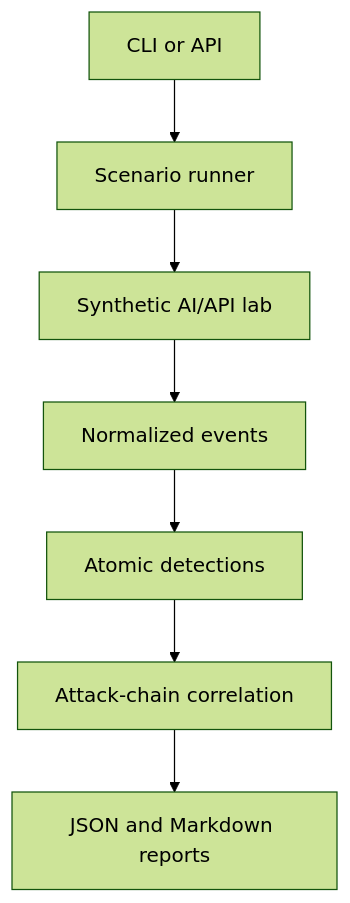
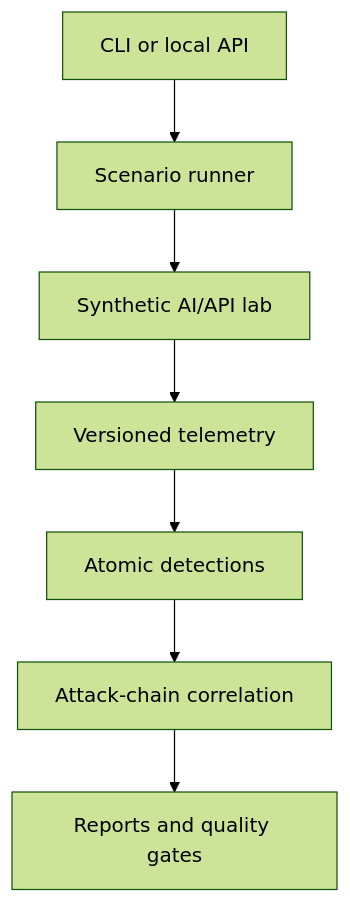
One commit to Parakh-Shinde/AegisForge changed the diagram in docs/ARCHITECTURE.md. Above: the diagram before and after it, drawn with Mermaid (forest theme). The commit also changed other lines of this file, not shown here.

Commit message:
docs: align architecture with v0.8 trust boundaries

````diff
--- a/docs/ARCHITECTURE.md
+++ b/docs/ARCHITECTURE.md
@@ -5,9 +5,9 @@
 ```mermaid
 flowchart TD
-    CLI["CLI or API"] --> Runner["Scenario runner"]
+    CLI["CLI or local API"] --> Runner["Scenario runner"]
     Runner --> Lab["Synthetic AI/API lab"]
-    Lab --> Events["Normalized events"]
+    Lab --> Events["Versioned telemetry"]
     Events --> Rules["Atomic detections"]
     Rules --> Correlator["Attack-chain correlation"]
-    Correlator --> Reports["JSON and Markdown reports"]
+    Correlator --> Reports["Reports and quality gates"]
 ```
````
